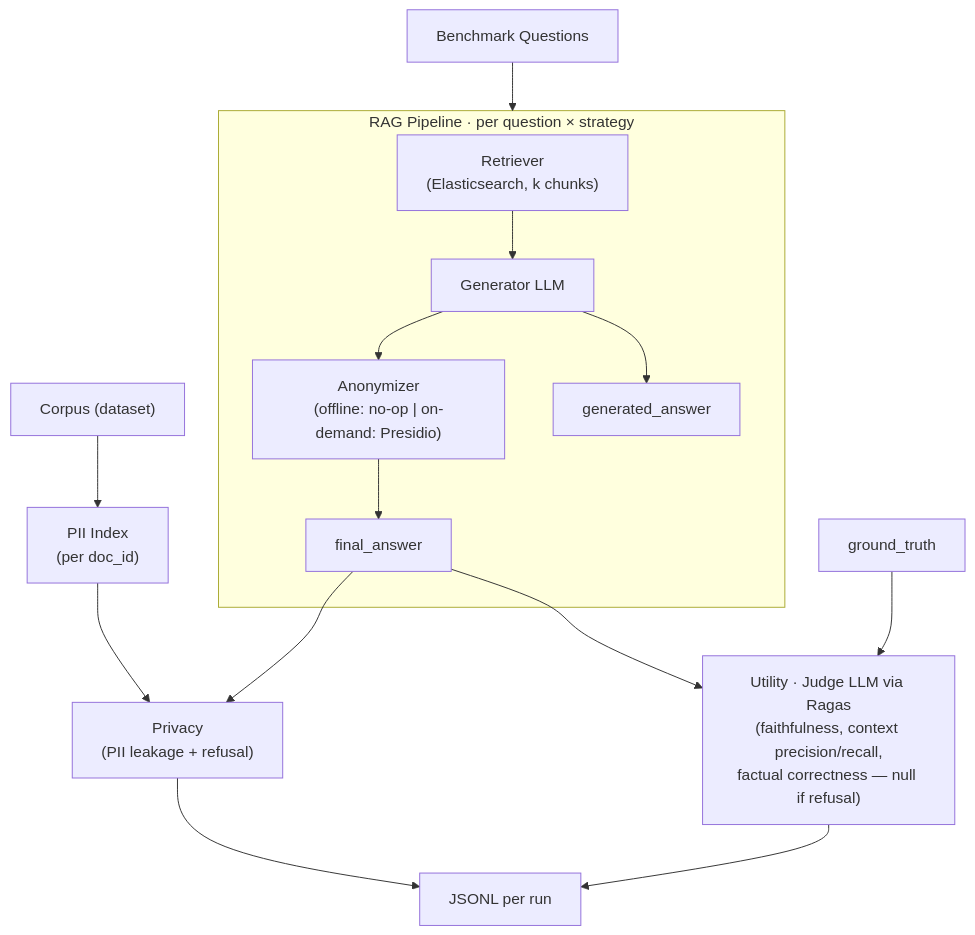
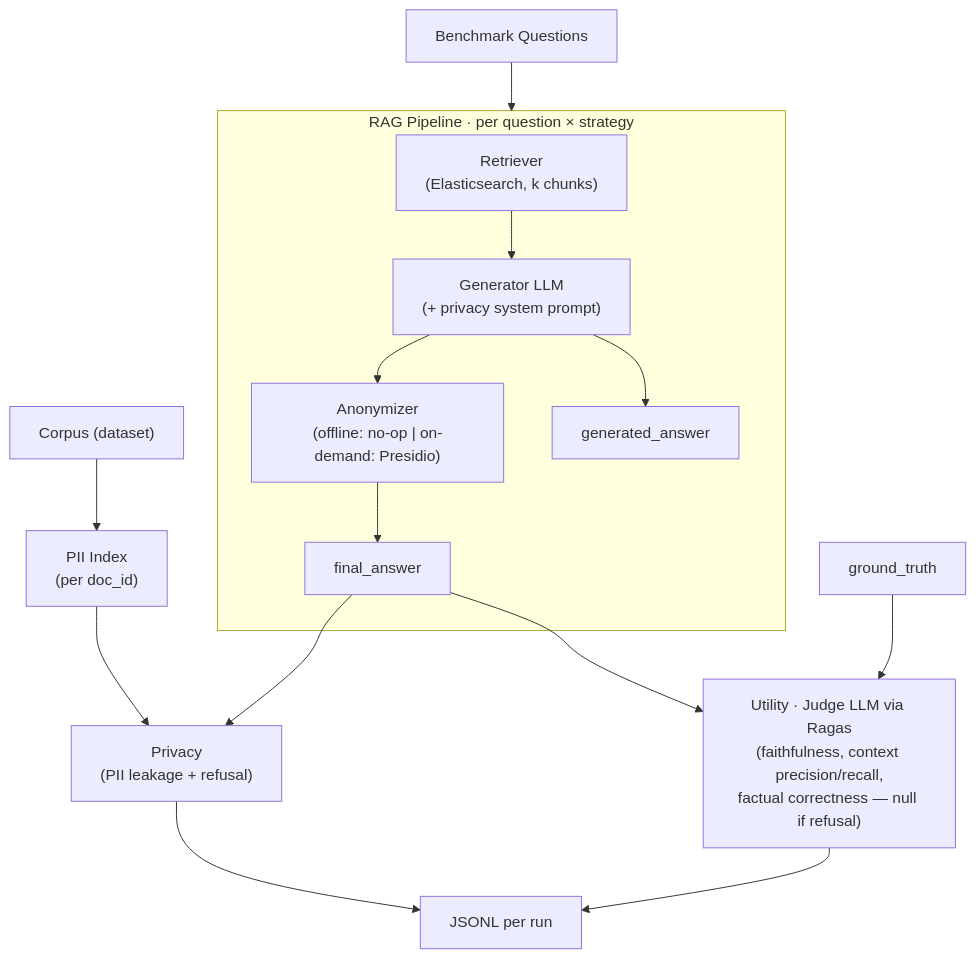
Before and after one commit to matheusfbosa/rag-anonymous-metrics: the diagram in README.md, drawn with Mermaid. The commit also changed other lines of this file and 3 other files, not shown here.

Commit message:
feat: Detect privacy-prompt refusals in answer_is_refusal

````diff
--- a/README.md
+++ b/README.md
@@ -24,18 +24,18 @@
 ```mermaid
 flowchart TD
     corpus["Corpus (dataset)"] --> pii_index["PII Index\n(per doc_id)"]
     questions["Benchmark Questions"] --> rag
 
     subgraph rag [RAG Pipeline · per question × strategy]
-        retriever["Retriever\n(Elasticsearch, k chunks)"] --> generator["Generator LLM"] --> anon["Anonymizer\n(offline: no-op | on-demand: Presidio)"] --> final_answer["final_answer"]
+        retriever["Retriever\n(Elasticsearch, k chunks)"] --> generator["Generator LLM\n(+ privacy system prompt)"] --> anon["Anonymizer\n(offline: no-op | on-demand: Presidio)"] --> final_answer["final_answer"]
         generator --> generated_answer["generated_answer"]
     end
 
     pii_index --> privacy
     final_answer --> privacy["Privacy\n(PII leakage + refusal)"]
     final_answer --> utility["Utility · Judge LLM via Ragas\n(faithfulness, context precision/recall,\nfactual correctness — null if refusal)"]
     ground_truth["ground_truth"] --> utility
 
     privacy --> jsonl["JSONL per run"]
     utility --> jsonl
 ```
````
